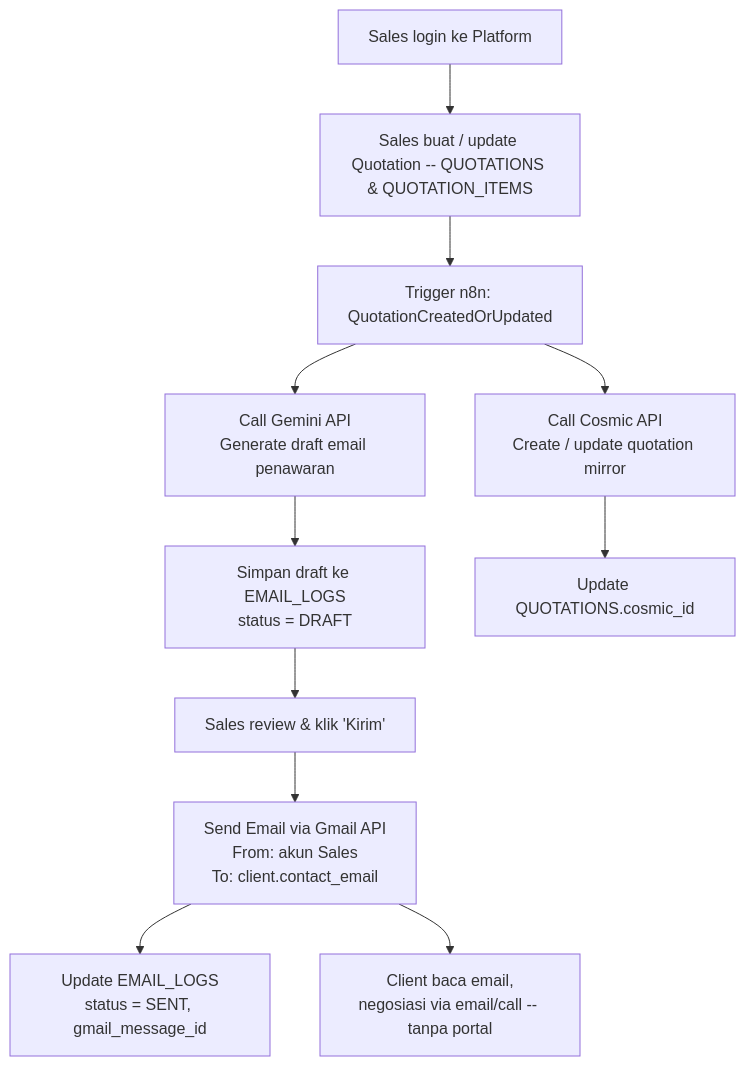
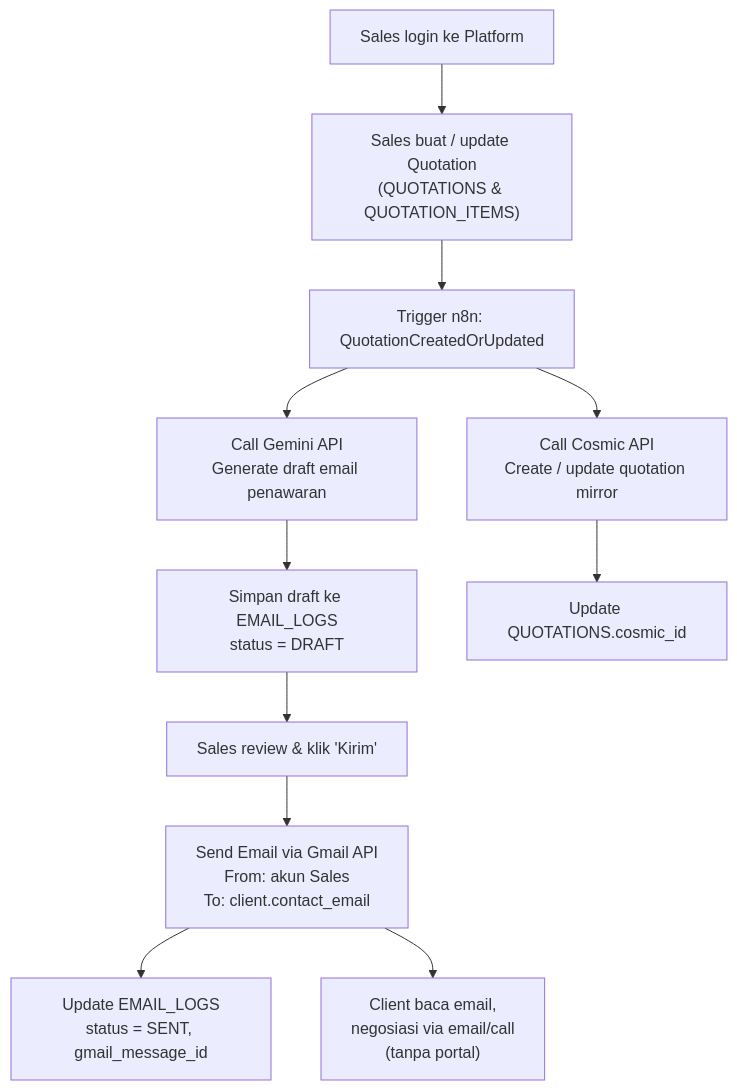
The second of 6 diagrams in README.md (rifaldigits/CloudSales), drawn with Mermaid before and after one commit. The commit also changed other lines of this file, not shown here.

````diff
--- a/README.md
+++ b/README.md
@@ -351,20 +351,20 @@
 ```mermaid
 flowchart TD
-    S1[Sales login ke Platform] --> S2[Sales buat / update Quotation -- QUOTATIONS & QUOTATION_ITEMS]
-    S2 --> T1[Trigger n8n: QuotationCreatedOrUpdated]
+    S1["Sales login ke Platform"] --> S2["Sales buat / update Quotation\n(QUOTATIONS & QUOTATION_ITEMS)"]
+    S2 --> T1["Trigger n8n: QuotationCreatedOrUpdated"]
 
     %% AI EMAIL
-    T1 --> AI1[Call Gemini API\nGenerate draft email penawaran]
-    AI1 --> E1[Simpan draft ke EMAIL_LOGS\nstatus = DRAFT]
+    T1 --> AI1["Call Gemini API\nGenerate draft email penawaran"]
+    AI1 --> E1["Simpan draft ke EMAIL_LOGS\nstatus = DRAFT"]
 
-    E1 --> S3[Sales review & klik 'Kirim']
-    S3 --> G1[Send Email via Gmail API\nFrom: akun Sales\nTo: client.contact_email]
-    G1 --> E2[Update EMAIL_LOGS\nstatus = SENT, gmail_message_id]
+    E1 --> S3["Sales review & klik 'Kirim'"]
+    S3 --> G1["Send Email via Gmail API\nFrom: akun Sales\nTo: client.contact_email"]
+    G1 --> E2["Update EMAIL_LOGS\nstatus = SENT, gmail_message_id"]
 
     %% COSMIC MIRROR
-    T1 --> C1[Call Cosmic API\nCreate / update quotation mirror]
-    C1 --> S4[Update QUOTATIONS.cosmic_id]
+    T1 --> C1["Call Cosmic API\nCreate / update quotation mirror"]
+    C1 --> S4["Update QUOTATIONS.cosmic_id"]
 
     %% NEGOSIASI
-    G1 --> CL[Client baca email,\nnegosiasi via email/call -- tanpa portal]
+    G1 --> CL["Client baca email,\nnegosiasi via email/call\n(tanpa portal)"]
 ```
````
